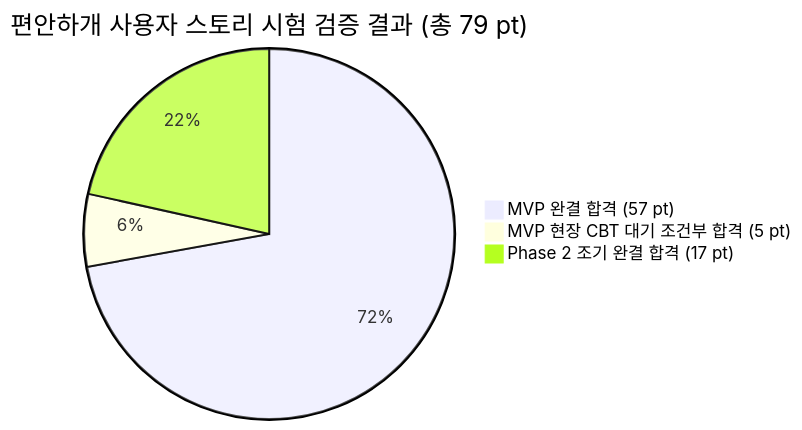
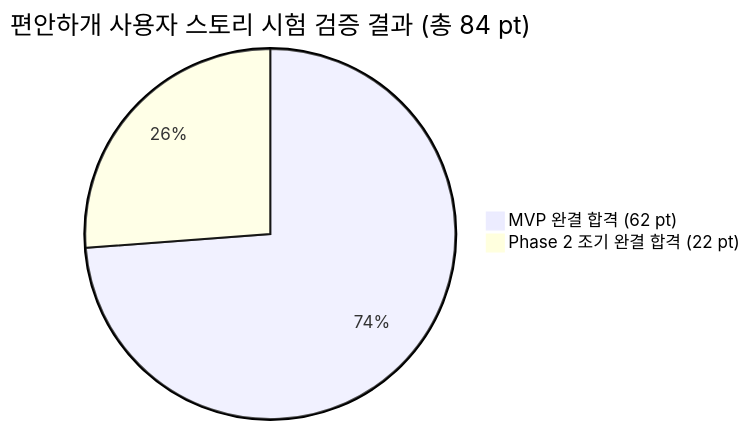
One commit to haru2014/pet_walk_t01 changed the first of 2 diagrams in docs/11_편안하개_사용자스토리_기반_시험결과보고서.md. Above: the diagram before and after it, drawn with Mermaid. The commit also changed other lines of this file and 5 other files, not shown here.

````diff
--- a/docs/11_편안하개_사용자스토리_기반_시험결과보고서.md
+++ b/docs/11_편안하개_사용자스토리_기반_시험결과보고서.md
@@ -48,6 +50,5 @@
 ```mermaid
-pie title 편안하개 사용자 스토리 시험 검증 결과 (총 79 pt)
-    "MVP 완결 합격 (57 pt)" : 57
-    "MVP 현장 CBT 대기 조건부 합격 (5 pt)" : 5
-    "Phase 2 조기 완결 합격 (17 pt)" : 17
+pie title 편안하개 사용자 스토리 시험 검증 결과 (총 84 pt)
+    "MVP 완결 합격 (62 pt)" : 62
+    "Phase 2 조기 완결 합격 (22 pt)" : 22
 ```
````
